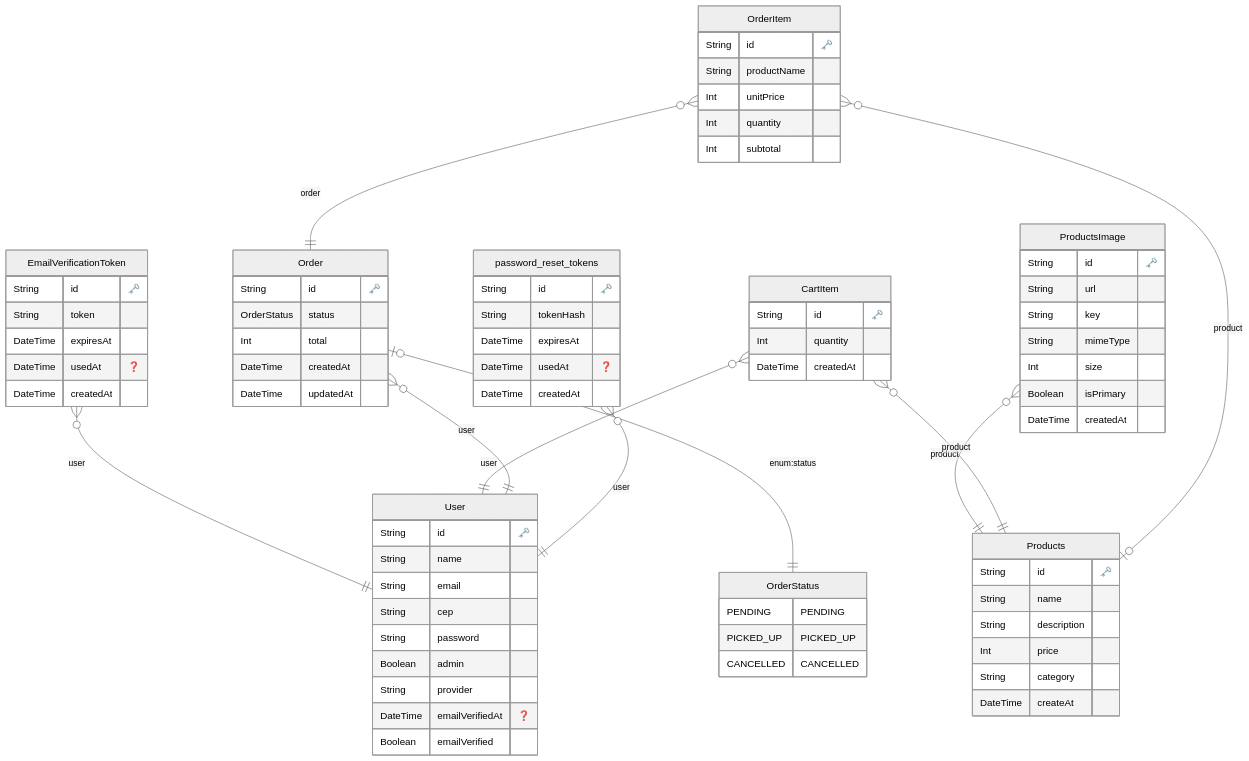
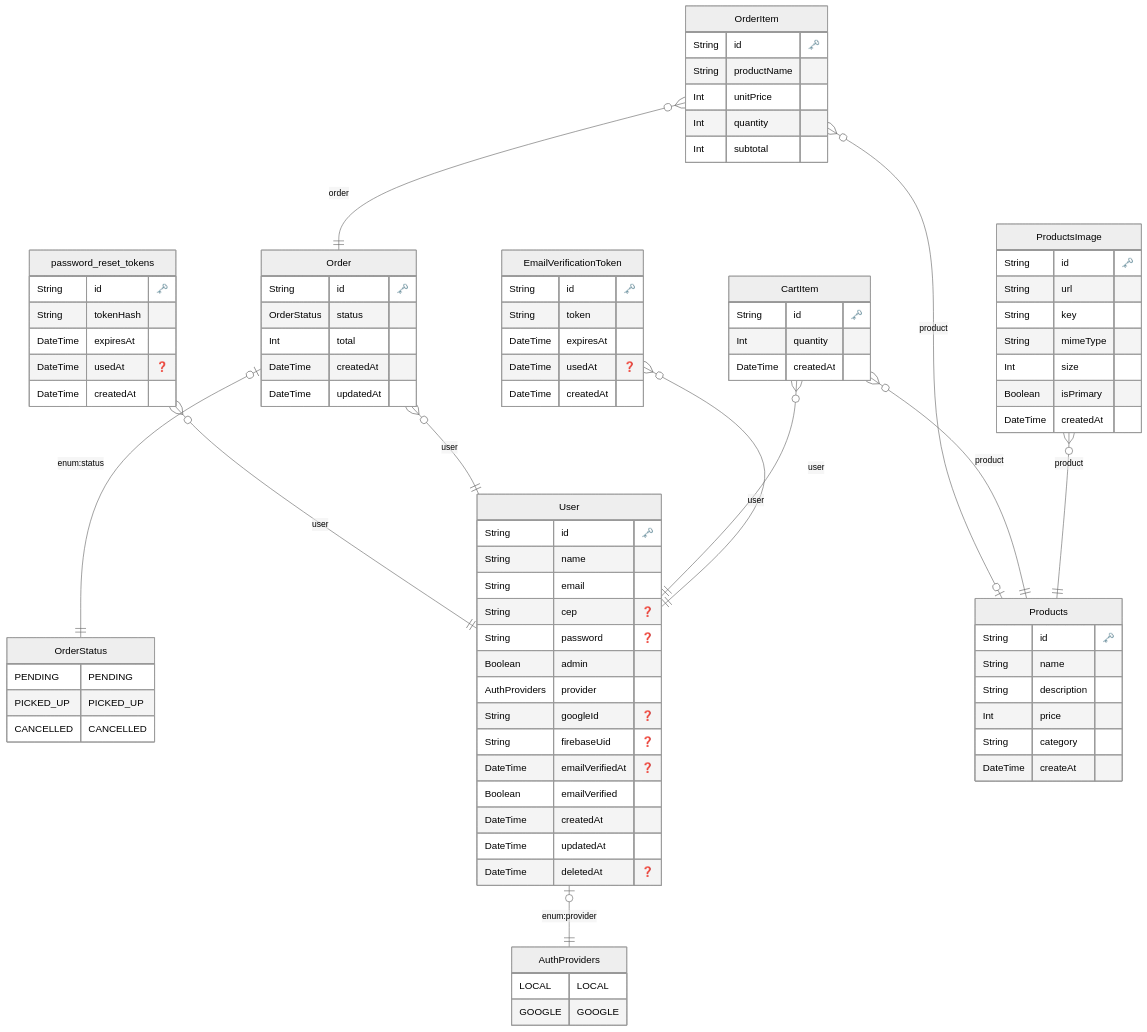
One commit to DevWesleyMedeiros/casa-do-hamburger changed the diagram in back-end/docs/architecture/ERD.md. Above: the diagram before and after it, drawn with Mermaid (neutral theme). The commit also changed 75 other files, not shown here.

First line of the commit message:
Feat/rf051 055 login google firebase (#24)

````diff
--- a/back-end/docs/architecture/ERD.md
+++ b/back-end/docs/architecture/ERD.md
@@ -1,5 +1,12 @@
 ```mermaid
 erDiagram
+
+        AuthProviders {
+            LOCAL LOCAL
+GOOGLE GOOGLE
+        }
+    
+
 
         OrderStatus {
             PENDING PENDING
@@ -11,12 +18,17 @@
     String id "🗝️"
     String name 
     String email 
-    String cep 
-    String password 
+    String cep "❓"
+    String password "❓"
     Boolean admin 
-    String provider 
+    AuthProviders provider 
+    String googleId "❓"
+    String firebaseUid "❓"
     DateTime emailVerifiedAt "❓"
     Boolean emailVerified 
+    DateTime createdAt 
+    DateTime updatedAt 
+    DateTime deletedAt "❓"
     }
   
 
@@ -83,6 +95,7 @@
     DateTime createdAt 
     }
   
+    "User" |o--|| "AuthProviders" : "enum:provider"
     "EmailVerificationToken" }o--|| "User" : "user"
     "ProductsImage" }o--|| "Products" : "product"
     "CartItem" }o--|| "Products" : "product"
````
